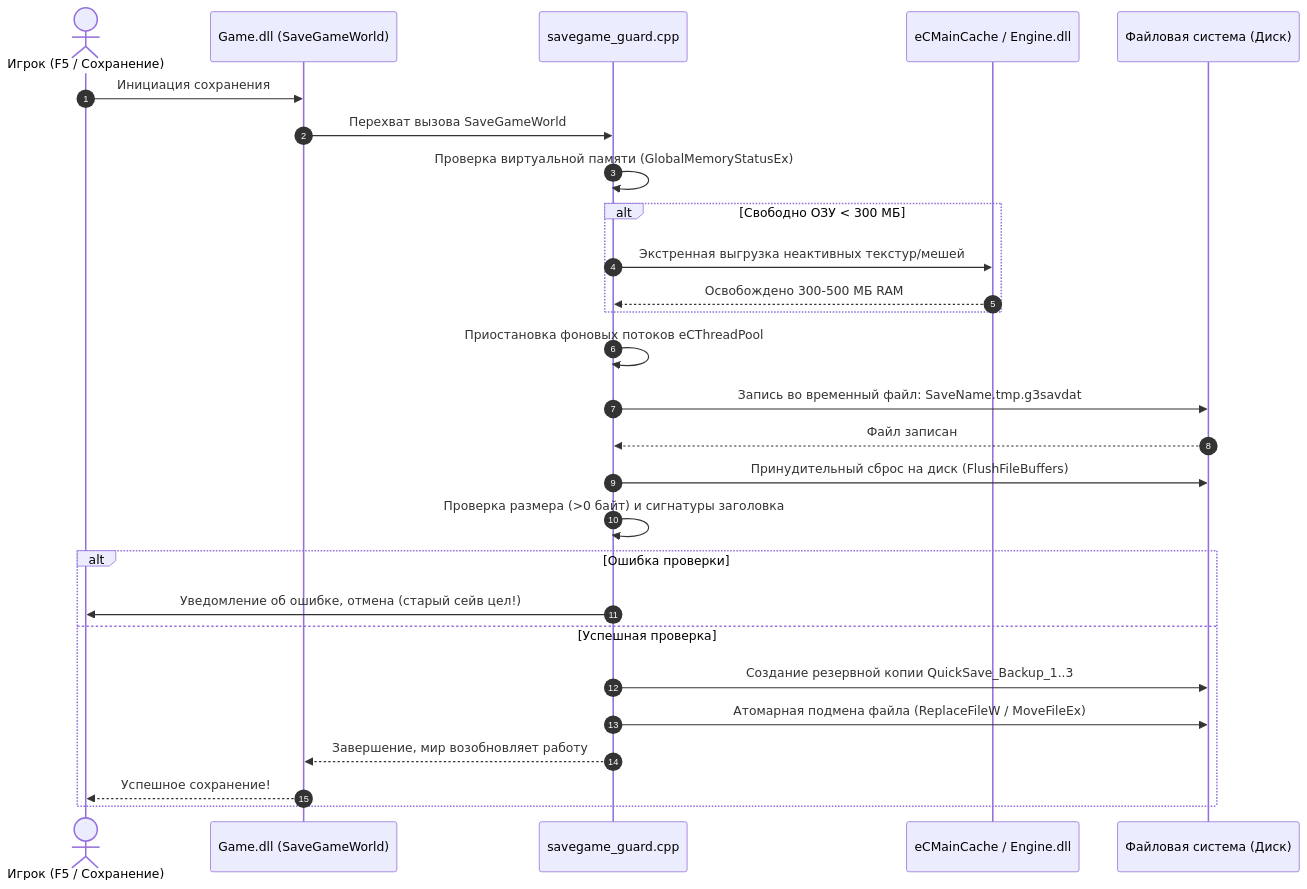
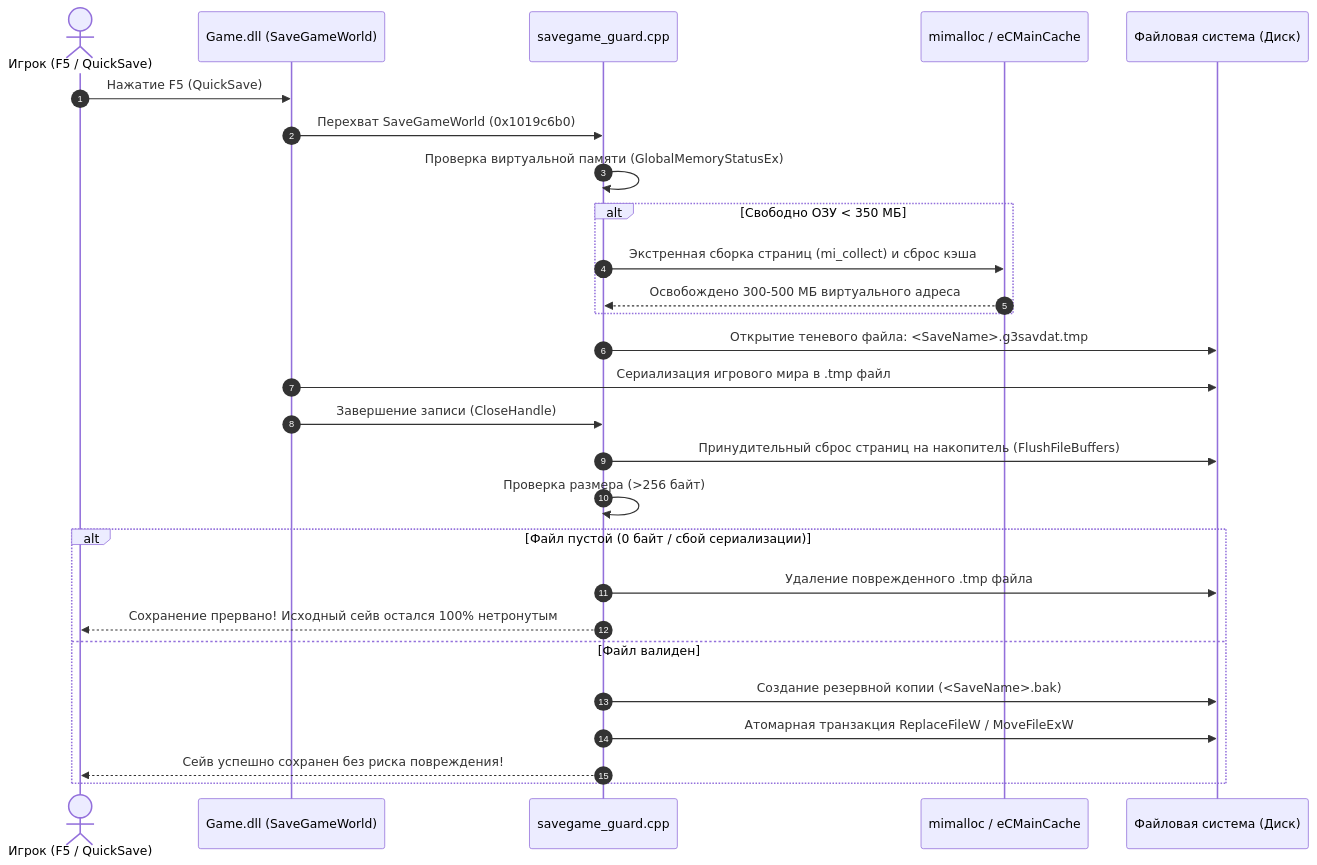
The diagram in README.md (VadimGlinskiy/G3O), drawn with Mermaid before and after one commit. The commit also changed other lines of this file and 18 other files, not shown here.

````diff
--- a/README.md
+++ b/README.md
@@ -50,30 +118,30 @@
 ```mermaid
 sequenceDiagram
     autonumber
-    actor Player as Игрок (F5 / Сохранение)
+    actor Player as Игрок (F5 / QuickSave)
     participant Game as Game.dll (SaveGameWorld)
     participant Guard as savegame_guard.cpp
-    participant Memory as eCMainCache / Engine.dll
+    participant Memory as mimalloc / eCMainCache
     participant Disk as Файловая система (Диск)
 
-    Player->>Game: Инициация сохранения
-    Game->>Guard: Перехват вызова SaveGameWorld
+    Player->>Game: Нажатие F5 (QuickSave)
+    Game->>Guard: Перехват SaveGameWorld (0x1019c6b0)
     Guard->>Guard: Проверка виртуальной памяти (GlobalMemoryStatusEx)
-    alt Свободно ОЗУ < 300 МБ
-        Guard->>Memory: Экстренная выгрузка неактивных текстур/мешей
-        Memory-->>Guard: Освобождено 300-500 МБ RAM
+    alt Свободно ОЗУ < 350 МБ
+        Guard->>Memory: Экстренная сборка страниц (mi_collect) и сброс кэша
+        Memory-->>Guard: Освобождено 300-500 МБ виртуального адреса
     end
-    Guard->>Guard: Приостановка фоновых потоков eCThreadPool
-    Guard->>Disk: Запись во временный файл: SaveName.tmp.g3savdat
-    Disk-->>Guard: Файл записан
-    Guard->>Disk: Принудительный сброс на диск (FlushFileBuffers)
-    Guard->>Guard: Проверка размера (>0 байт) и сигнатуры заголовка
-    alt Ошибка проверки
-        Guard->>Player: Уведомление об ошибке, отмена (старый сейв цел!)
-    else Успешная проверка
-        Guard->>Disk: Создание резервной копии QuickSave_Backup_1..3
-        Guard->>Disk: Атомарная подмена файла (ReplaceFileW / MoveFileEx)
-        Guard-->>Game: Завершение, мир возобновляет работу
-        Game-->>Player: Успешное сохранение!
+    Guard->>Disk: Открытие теневого файла: <SaveName>.g3savdat.tmp
+    Game->>Disk: Сериализация игрового мира в .tmp файл
+    Game->>Guard: Завершение записи (CloseHandle)
+    Guard->>Disk: Принудительный сброс страниц на накопитель (FlushFileBuffers)
+    Guard->>Guard: Проверка размера (>256 байт)
+    alt Файл пустой (0 байт / сбой сериализации)
+        Guard->>Disk: Удаление поврежденного .tmp файла
+        Guard-->>Player: Сохранение прервано! Исходный сейв остался 100% нетронутым
+    else Файл валиден
+        Guard->>Disk: Создание резервной копии (<SaveName>.bak)
+        Guard->>Disk: Атомарная транзакция ReplaceFileW / MoveFileExW
+        Guard-->>Player: Сейв успешно сохранен без риска повреждения!
     end
 ```
````
